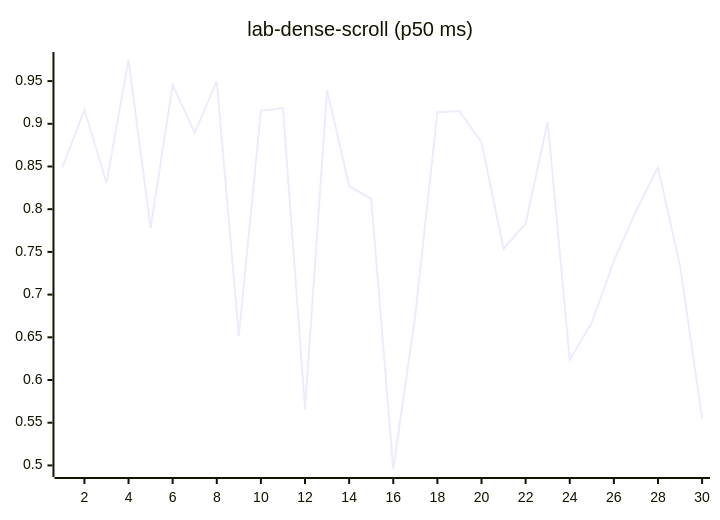
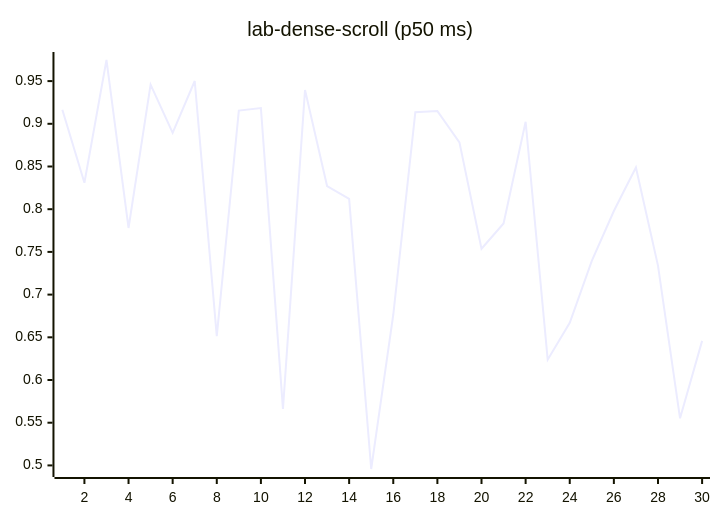
One commit to josha/Facet changed diagram 12 of 27 in README.md. Above: the diagram before and after it, drawn with Mermaid. The commit also changed other lines of this file and 2 other files, not shown here.

````diff
--- a/README.md
+++ b/README.md
@@ -140,6 +140,6 @@
 ```mermaid
 xychart-beta
     title "lab-dense-scroll (p50 ms)"
     x-axis 1 --> 30
-    line [0.8489, 0.9164, 0.8310, 0.9747, 0.7780, 0.9459, 0.8894, 0.9501, 0.6514, 0.9155, 0.9185, 0.5661, 0.9396, 0.8271, 0.8121, 0.4958, 0.6764, 0.9135, 0.9149, 0.8783, 0.7537, 0.7833, 0.9024, 0.6238, 0.6669, 0.7395, 0.7979, 0.8489, 0.7339, 0.5552]
+    line [0.9164, 0.8310, 0.9747, 0.7780, 0.9459, 0.8894, 0.9501, 0.6514, 0.9155, 0.9185, 0.5661, 0.9396, 0.8271, 0.8121, 0.4958, 0.6764, 0.9135, 0.9149, 0.8783, 0.7537, 0.7833, 0.9024, 0.6238, 0.6669, 0.7395, 0.7979, 0.8489, 0.7339, 0.5552, 0.6458]
 ```
````
